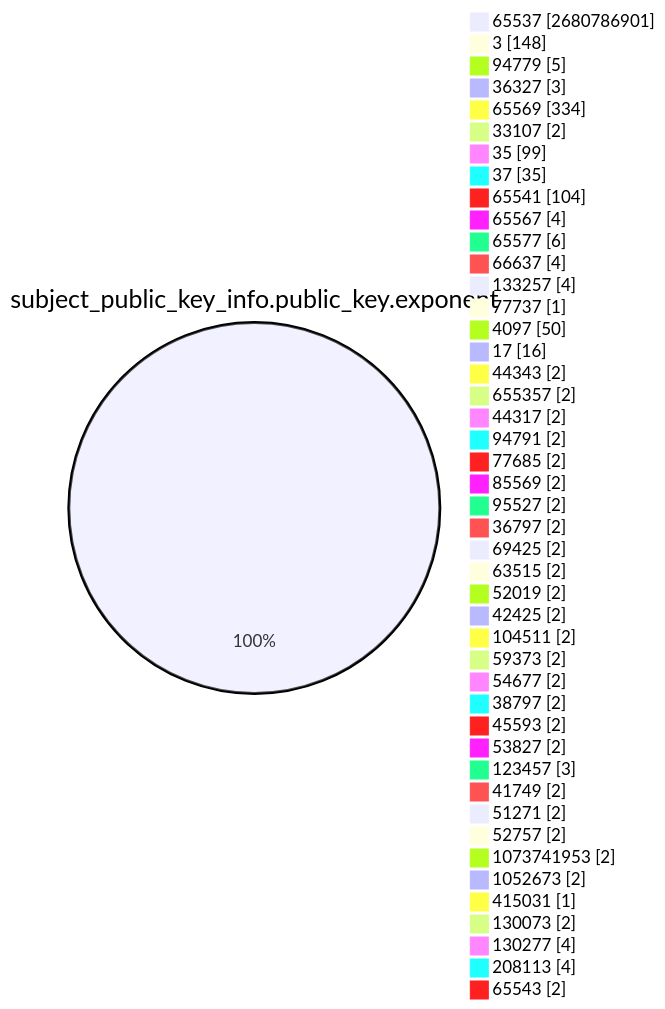
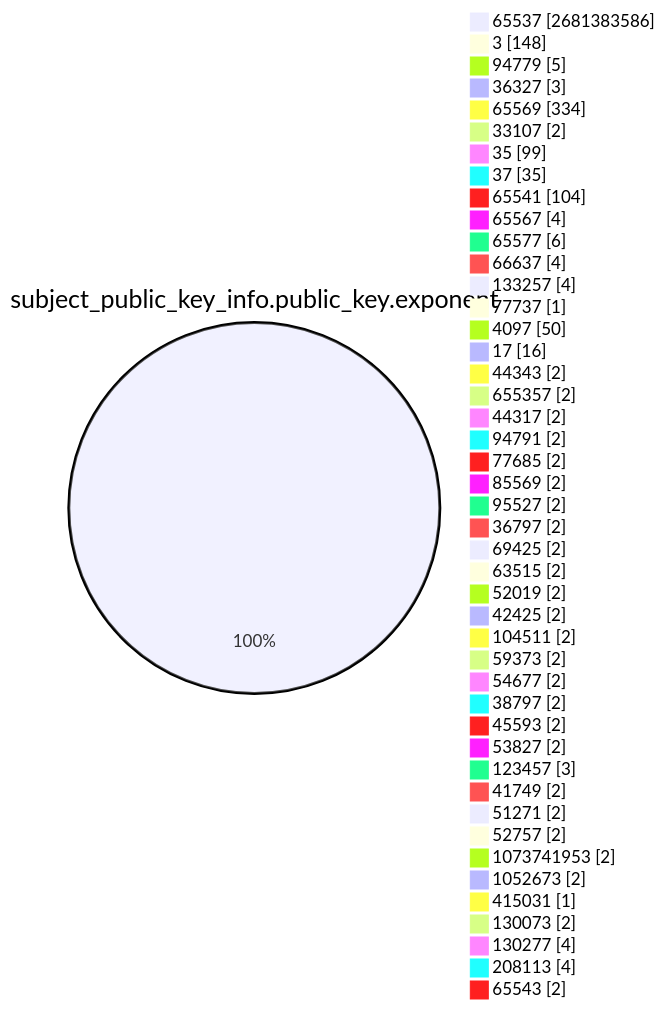
One commit to christiankrug/ctmonitor_visualization changed the fourth of 15 diagrams in TOTAL/README.md. Above: the diagram before and after it, drawn with Mermaid. The commit also changed other lines of this file, not shown here.

````diff
--- a/TOTAL/README.md
+++ b/TOTAL/README.md
@@ -1467,49 +1467,49 @@
 ```mermaid
 pie showData
 title subject_public_key_info.public_key.exponent
-"65537" :2680786901
+"65537" :2681383586
 "3" :148
 "94779" :5
 "36327" :3
 "65569" :334
 "33107" :2
 "35" :99
 "37" :35
 "65541" :104
 "65567" :4
 "65577" :6
 "66637" :4
 "133257" :4
 "77737" :1
 "4097" :50
 "17" :16
 "44343" :2
 "655357" :2
 "44317" :2
 "94791" :2
 "77685" :2
 "85569" :2
 "95527" :2
 "36797" :2
 "69425" :2
 "63515" :2
 "52019" :2
 "42425" :2
 "104511" :2
 "59373" :2
 "54677" :2
 "38797" :2
 "45593" :2
 "53827" :2
 "123457" :3
 "41749" :2
 "51271" :2
 "52757" :2
 "1073741953" :2
 "1052673" :2
 "415031" :1
 "130073" :2
 "130277" :4
 "208113" :4
 "65543" :2
 ```
````
